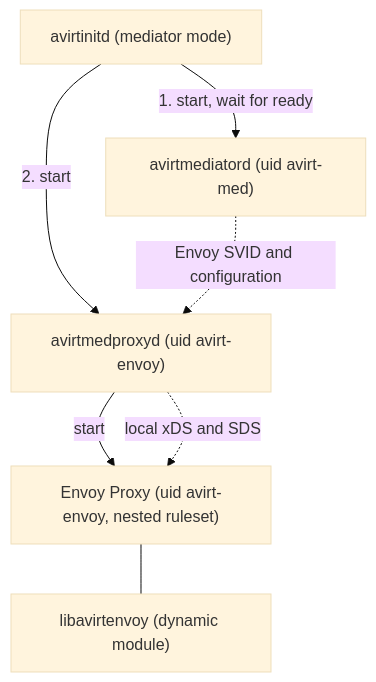
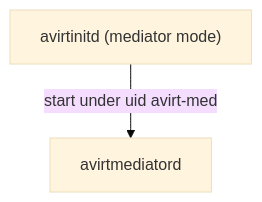
One commit to tbhb-dev/avirt changed the second of 4 diagrams in docs/components.md. Above: the diagram before and after it, drawn with Mermaid (base theme). The commit also changed other lines of this file and 116 other files, not shown here.

````diff
--- a/docs/components.md
+++ b/docs/components.md
@@ -206,14 +188,4 @@
 ```mermaid
 flowchart TD
-    init["avirtinitd (mediator mode)"]
-    med["avirtmediatord (uid avirt-med)"]
-    mp["avirtmedproxyd (uid avirt-envoy)"]
-    envoy["Envoy Proxy (uid avirt-envoy, nested ruleset)"]
-    lib["libavirtenvoy (dynamic module)"]
-    init -->|"1. start, wait for ready"| med
-    init -->|"2. start"| mp
-    mp -->|"start"| envoy
-    med -.->|"Envoy SVID and configuration"| mp
-    mp -.->|"local xDS and SDS"| envoy
-    envoy --- lib
+    init["avirtinitd (mediator mode)"] -->|"start under uid avirt-med"| med["avirtmediatord"]
 ```
````
